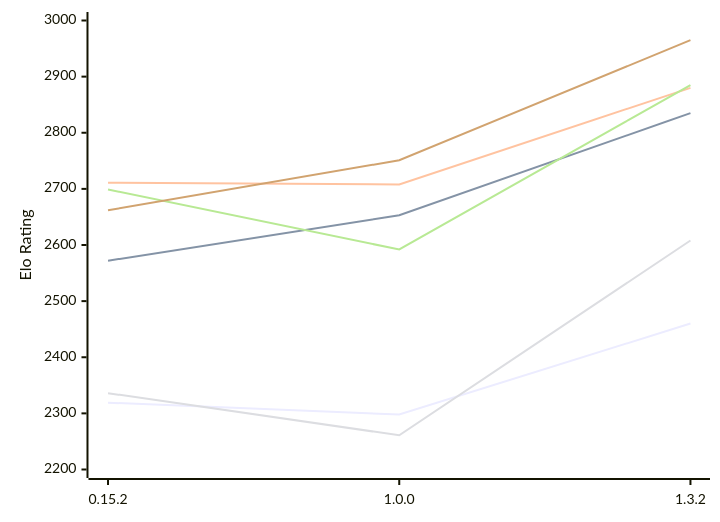
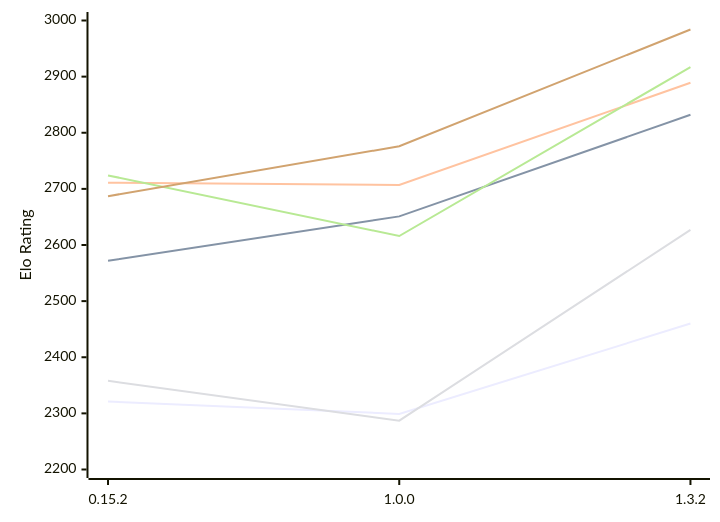
One commit to computer-chess-index/cci changed the diagram in engines/ElephantGambit.md. Above: the diagram before and after it, drawn with Mermaid. The commit also changed other lines of this file, not shown here.

Commit message:
Update CCI Ratings (ELO VLTC) - 2026-11-04

````diff
--- a/engines/ElephantGambit.md
+++ b/engines/ElephantGambit.md
@@ -52,12 +52,12 @@
 ```mermaid
 %%{init: {"theme":"base","themeVariables":{"seriesColors:['#a3a3a3','#222221','#faa371']}}}%%
 xychart-beta
   x-axis ["0.15.2", "1.0.0", "1.3.2"]
   y-axis "Elo Rating" 2200 --> 3000
-  line "E1: STC (8.0+0.08s)" [2319, 2298, 2460]
-  line "E1: LTC (60.0+0.60s)" [2572, 2653, 2835]
-  line "E1: VLTC (2m24s+1.12s)" [2711, 2708, 2880]
-  line "P1: STC (8.0+0.08s)" [2336, 2261, 2608]
-  line "P1: LTC (60.0+0.60s)" [2699, 2592, 2885]
-  line "P1: VLTC (2m24s+1.12s)" [2662, 2751, 2965]
+  line "E1: STC (8.0+0.08s)" [2321, 2299, 2460]
+  line "E1: LTC (60.0+0.60s)" [2572, 2651, 2832]
+  line "E1: VLTC (2m24s+1.12s)" [2711, 2707, 2889]
+  line "P1: STC (8.0+0.08s)" [2358, 2287, 2627]
+  line "P1: LTC (60.0+0.60s)" [2724, 2616, 2917]
+  line "P1: VLTC (2m24s+1.12s)" [2687, 2776, 2984]
 ```
````
